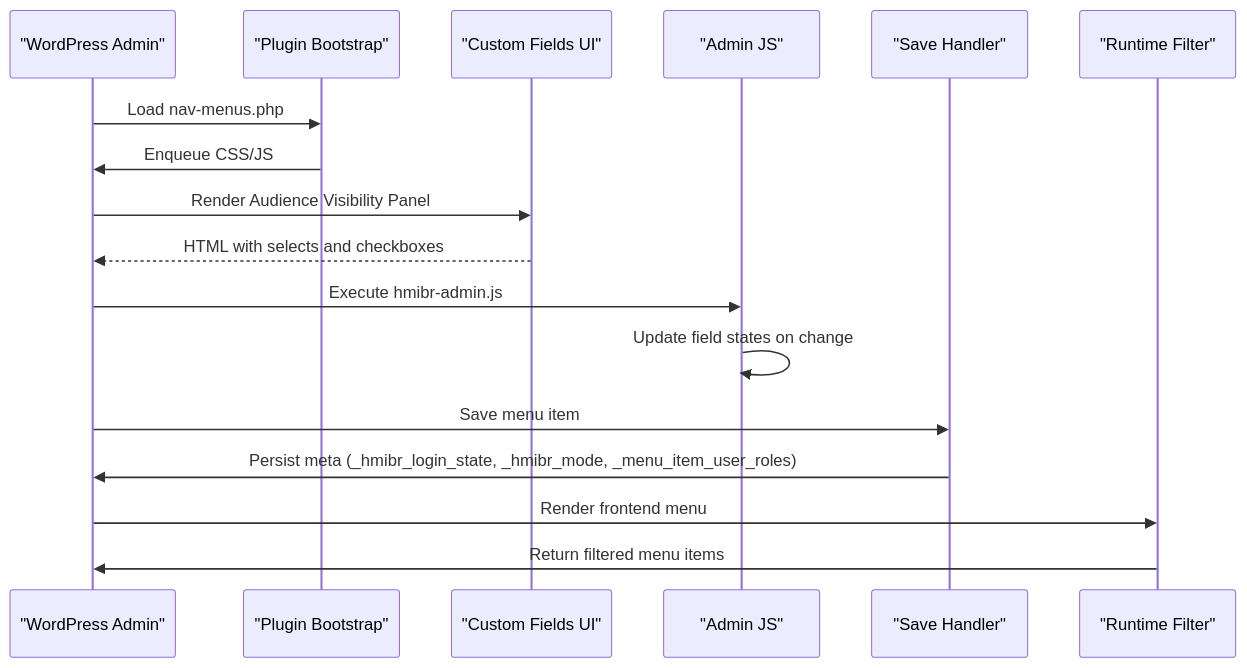
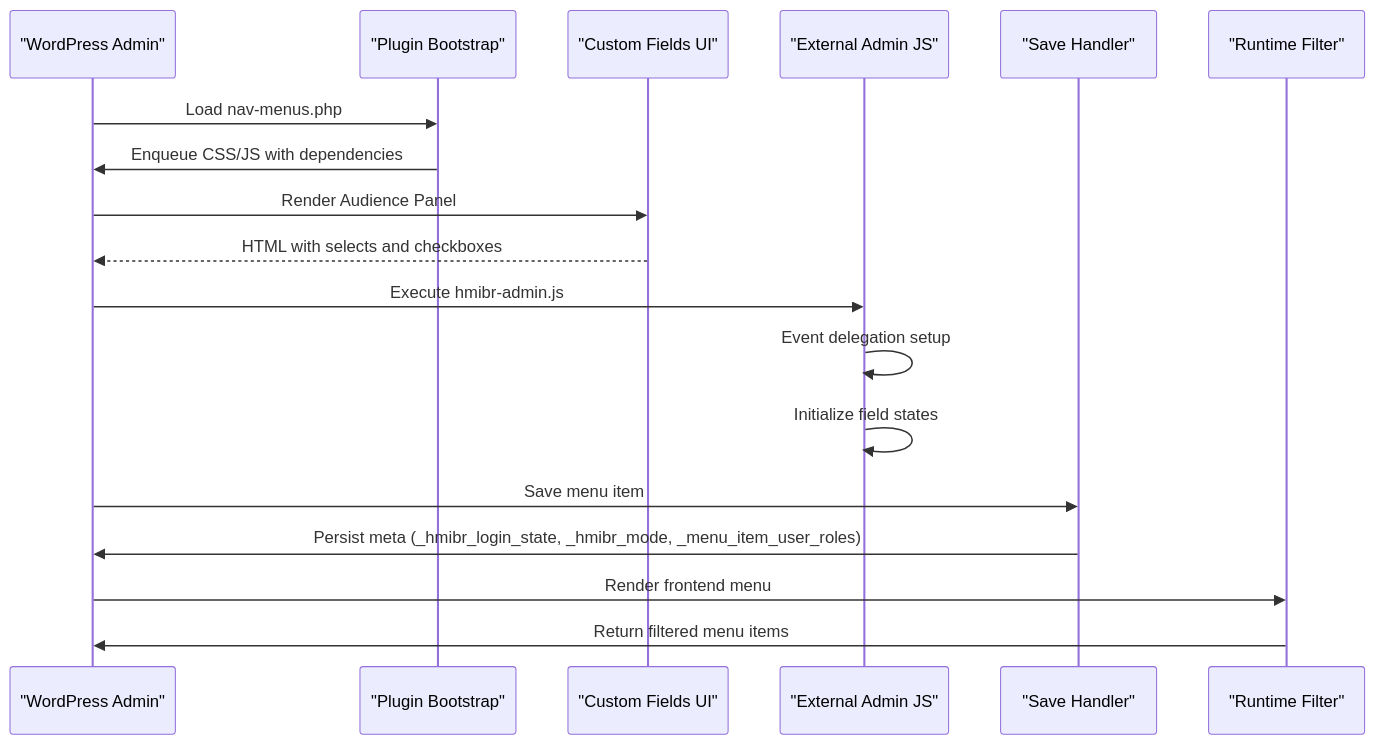
One commit to mahfuzurwp/hide-menu-items-by-role changed the second of 6 diagrams in .qoder/repowiki/en/content/Customization Guide/JavaScript Enhancement.md. Above: the diagram before and after it, drawn with Mermaid. The commit also changed other lines of this file and 20 other files, not shown here.

First line of the commit message:
feat(admin): improve menu item visibility UI and enhance caching

````diff
--- a/.qoder/repowiki/en/content/Customization Guide/JavaScript Enhancement.md
+++ b/.qoder/repowiki/en/content/Customization Guide/JavaScript Enhancement.md
@@ -90,19 +104,20 @@
 ```mermaid
 sequenceDiagram
 participant WP as "WordPress Admin"
 participant Boot as "Plugin Bootstrap"
 participant UI as "Custom Fields UI"
-participant JS as "Admin JS"
+participant JS as "External Admin JS"
 participant Save as "Save Handler"
 participant Run as "Runtime Filter"
 WP->>Boot : Load nav-menus.php
-Boot->>WP : Enqueue CSS/JS
-WP->>UI : Render Audience Visibility Panel
+Boot->>WP : Enqueue CSS/JS with dependencies
+WP->>UI : Render Audience Panel
 UI-->>WP : HTML with selects and checkboxes
 WP->>JS : Execute hmibr-admin.js
-JS->>JS : Update field states on change
+JS->>JS : Event delegation setup
+JS->>JS : Initialize field states
 WP->>Save : Save menu item
 Save->>WP : Persist meta (_hmibr_login_state, _hmibr_mode, _menu_item_user_roles)
 WP->>Run : Render frontend menu
 Run->>WP : Return filtered menu items
 ```
````
